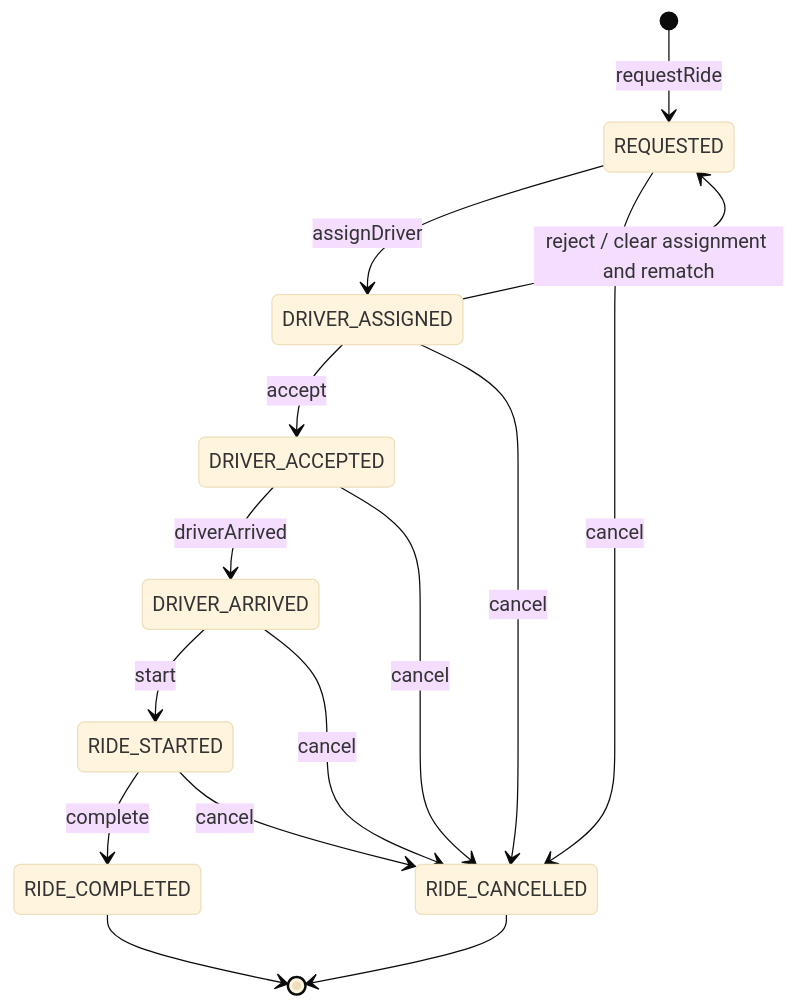
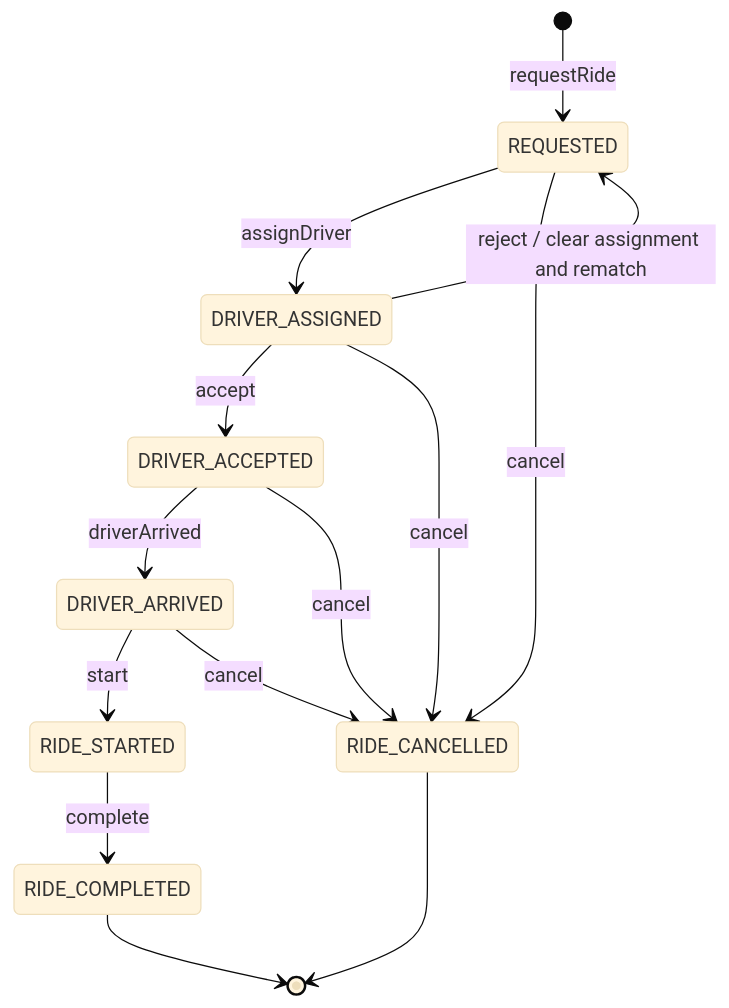
One commit to avinash-shinde-dev/low-level-design changed the diagram in src/main/java/com/shikavani/lld/ridesharing/ride_sharing.md. Above: the diagram before and after it, drawn with Mermaid (base theme).

Commit message:
fix: spec updated

````diff
--- a/src/main/java/com/shikavani/lld/ridesharing/ride_sharing.md
+++ b/src/main/java/com/shikavani/lld/ridesharing/ride_sharing.md
@@ -106,19 +106,18 @@
 ```mermaid
 stateDiagram-v2
     [*] --> REQUESTED : requestRide
     REQUESTED --> DRIVER_ASSIGNED : assignDriver
     DRIVER_ASSIGNED --> DRIVER_ACCEPTED : accept
     DRIVER_ASSIGNED --> REQUESTED : reject / clear assignment and rematch
     DRIVER_ACCEPTED --> DRIVER_ARRIVED : driverArrived
     DRIVER_ARRIVED --> RIDE_STARTED : start
     RIDE_STARTED --> RIDE_COMPLETED : complete
 
     REQUESTED --> RIDE_CANCELLED : cancel
     DRIVER_ASSIGNED --> RIDE_CANCELLED : cancel
     DRIVER_ACCEPTED --> RIDE_CANCELLED : cancel
     DRIVER_ARRIVED --> RIDE_CANCELLED : cancel
-    RIDE_STARTED --> RIDE_CANCELLED : cancel
 
     RIDE_COMPLETED --> [*]
     RIDE_CANCELLED --> [*]
 ```
````
